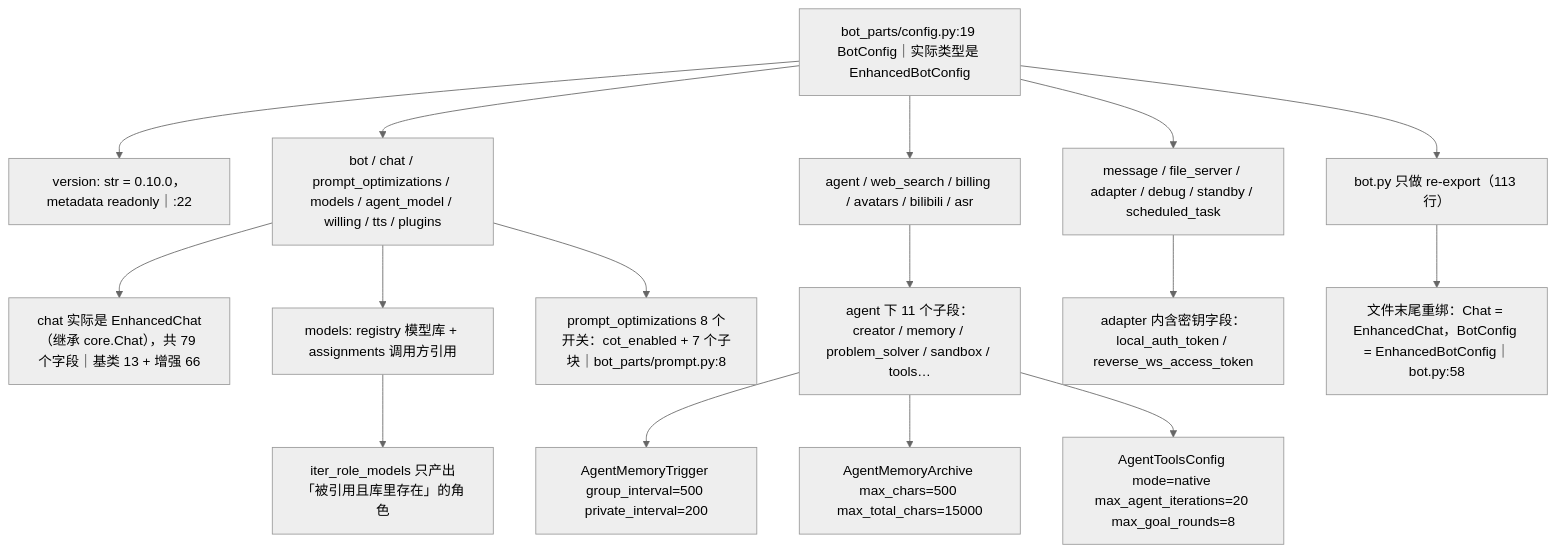
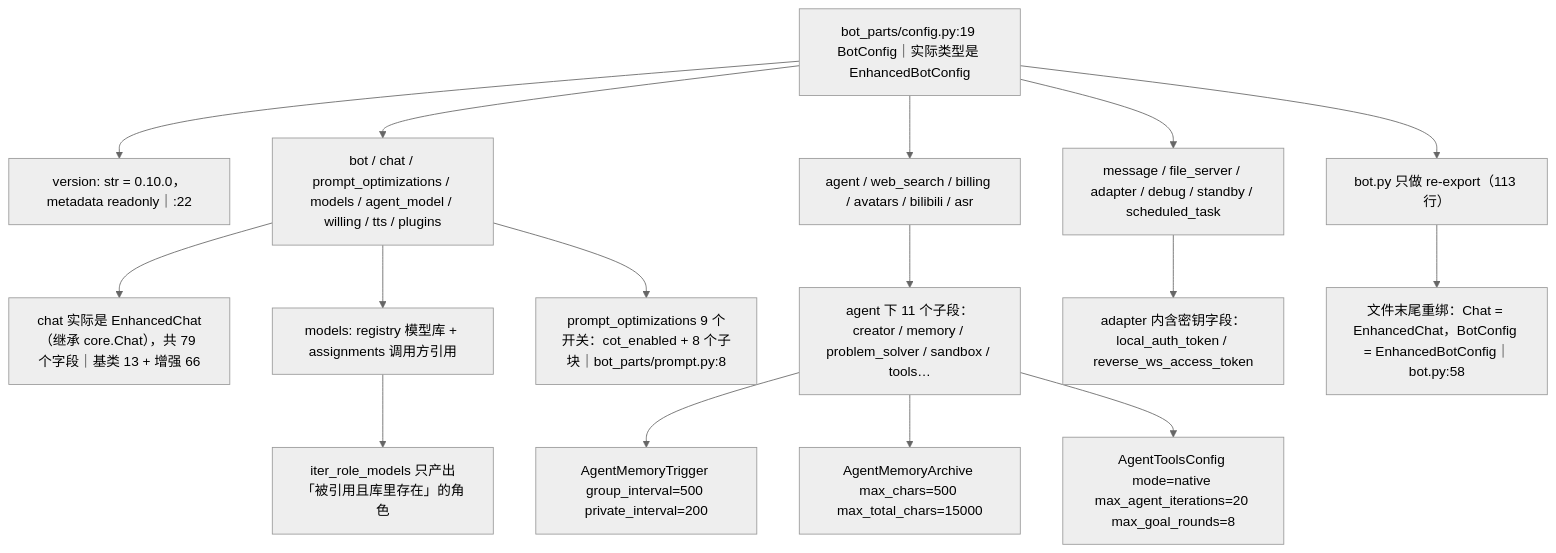
One commit to SuperQuail/NeoBot changed the third of 12 diagrams in docs/flow/01b-config-system.md. Above: the diagram before and after it, drawn with Mermaid (neutral theme). The commit also changed other lines of this file and 378 other files, not shown here.

````diff
--- a/docs/flow/01b-config-system.md
+++ b/docs/flow/01b-config-system.md
@@ -134,18 +134,18 @@
 ```mermaid
 flowchart TD
     A["bot_parts/config.py:19 BotConfig｜实际类型是 EnhancedBotConfig"] --> B["version: str = 0.10.0，metadata readonly｜:22"]
     A --> C["bot / chat / prompt_optimizations / models / agent_model / willing / tts / plugins"]
     A --> D["message / file_server / adapter / debug / standby / scheduled_task"]
     A --> E["agent / web_search / billing / avatars / bilibili / asr"]
     C --> C1["chat 实际是 EnhancedChat（继承 core.Chat），共 79 个字段｜基类 13 + 增强 66"]
     C --> C2["models: registry 模型库 + assignments 调用方引用"]
     C2 --> C3["iter_role_models 只产出「被引用且库里存在」的角色"]
-    C --> C4["prompt_optimizations 8 个开关：cot_enabled + 7 个子块｜bot_parts/prompt.py:8"]
+    C --> C4["prompt_optimizations 9 个开关：cot_enabled + 8 个子块｜bot_parts/prompt.py:8"]
     E --> E1["agent 下 11 个子段：creator / memory / problem_solver / sandbox / tools…"]
     E1 --> E2["AgentMemoryTrigger group_interval=500 private_interval=200"]
     E1 --> E3["AgentMemoryArchive max_chars=500 max_total_chars=15000"]
     E1 --> E4["AgentToolsConfig mode=native max_agent_iterations=20 max_goal_rounds=8"]
     D --> D1["adapter 内含密钥字段：local_auth_token / reverse_ws_access_token"]
     A --> F["bot.py 只做 re-export（113 行）"]
     F --> F1["文件末尾重绑：Chat = EnhancedChat，BotConfig = EnhancedBotConfig｜bot.py:58"]
 ```
````
